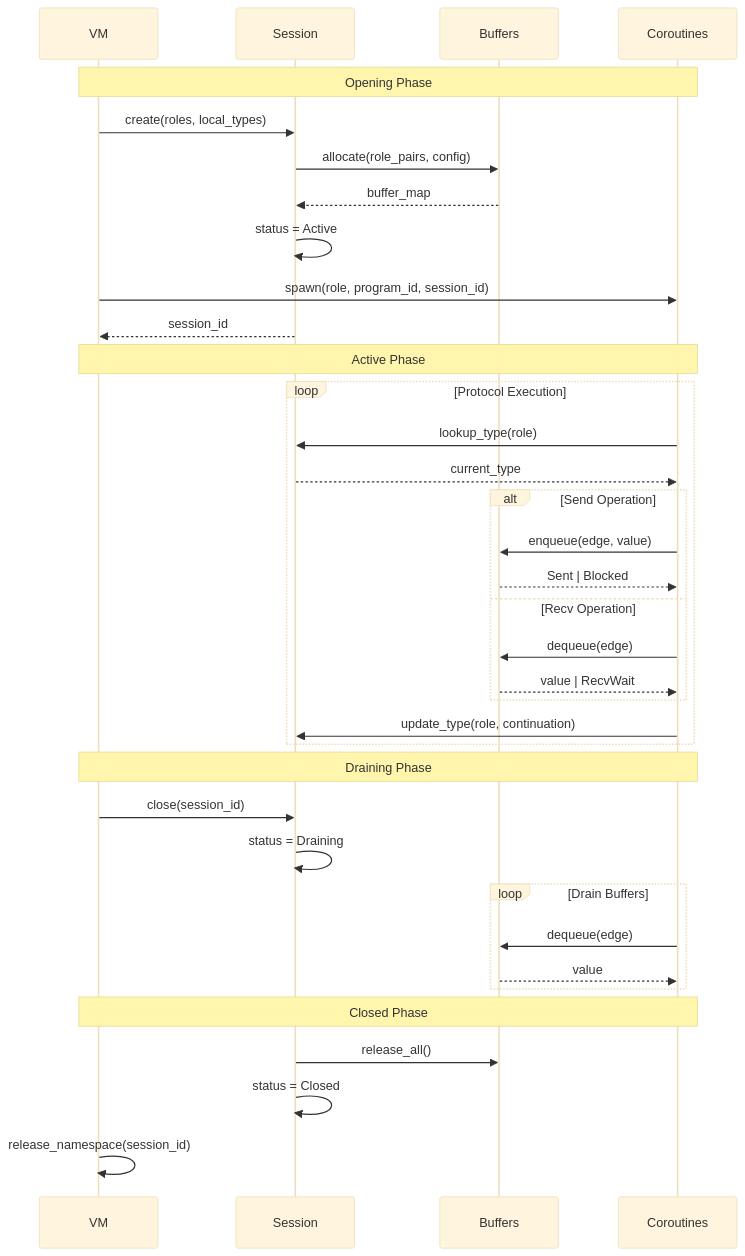
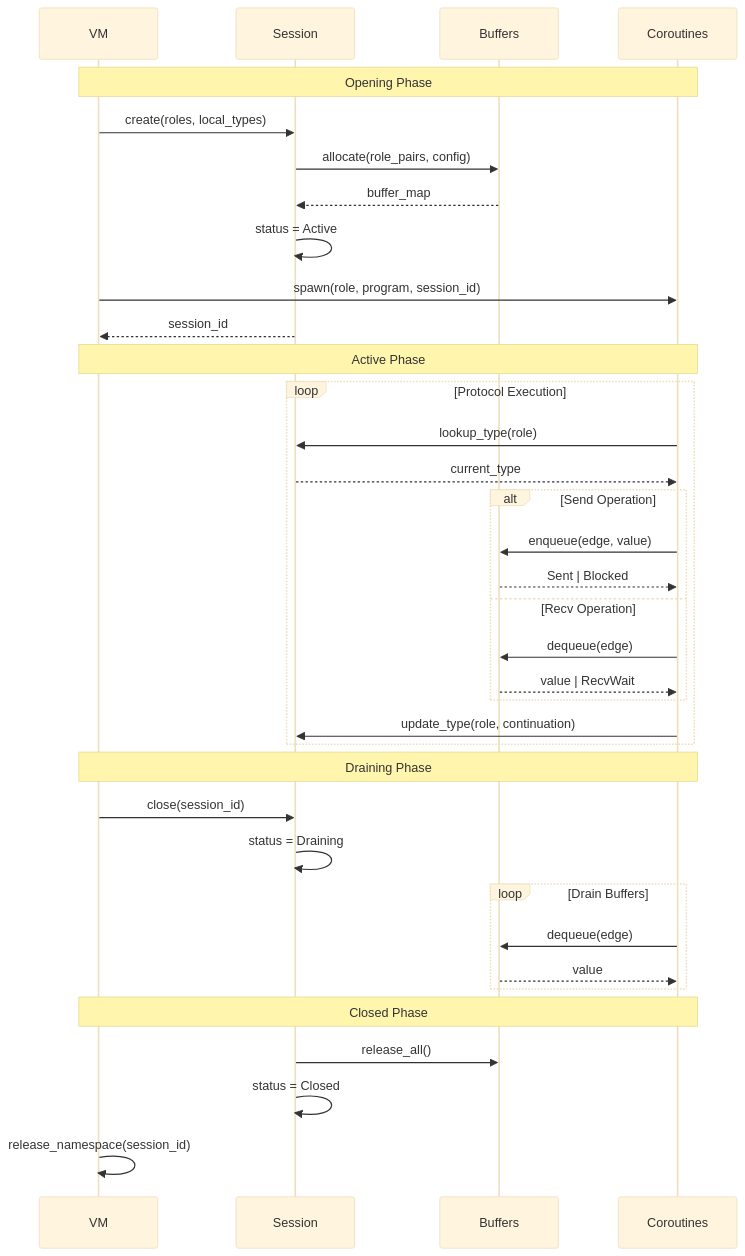
Before and after one commit to hxrts/telltale: the diagram in docs/12_session_lifecycle.md, drawn with Mermaid (base theme). The commit also changed other lines of this file and 154 other files, not shown here.

````diff
--- a/docs/12_session_lifecycle.md
+++ b/docs/12_session_lifecycle.md
@@ -31,42 +34,42 @@
 ```mermaid
 sequenceDiagram
     participant VM
     participant Session
     participant Buffers
     participant Coroutines
 
     Note over VM,Coroutines: Opening Phase
     VM->>Session: create(roles, local_types)
     Session->>Buffers: allocate(role_pairs, config)
     Buffers-->>Session: buffer_map
     Session->>Session: status = Active
-    VM->>Coroutines: spawn(role, program_id, session_id)
+    VM->>Coroutines: spawn(role, program, session_id)
     Session-->>VM: session_id
 
     Note over VM,Coroutines: Active Phase
     loop Protocol Execution
         Coroutines->>Session: lookup_type(role)
         Session-->>Coroutines: current_type
         alt Send Operation
             Coroutines->>Buffers: enqueue(edge, value)
             Buffers-->>Coroutines: Sent | Blocked
         else Recv Operation
             Coroutines->>Buffers: dequeue(edge)
             Buffers-->>Coroutines: value | RecvWait
         end
         Coroutines->>Session: update_type(role, continuation)
     end
 
     Note over VM,Coroutines: Draining Phase
     VM->>Session: close(session_id)
     Session->>Session: status = Draining
     loop Drain Buffers
         Coroutines->>Buffers: dequeue(edge)
         Buffers-->>Coroutines: value
     end
 
     Note over VM,Coroutines: Closed Phase
     Session->>Buffers: release_all()
     Session->>Session: status = Closed
     VM->>VM: release_namespace(session_id)
 ```
````
